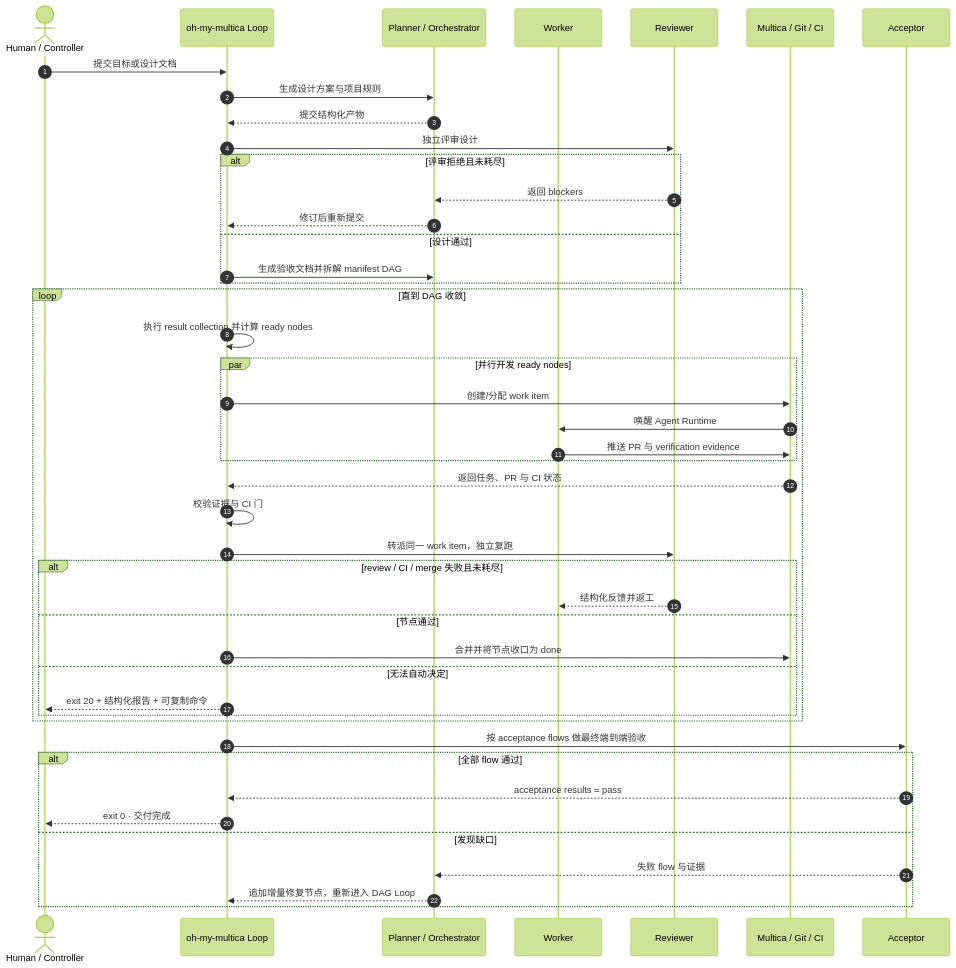
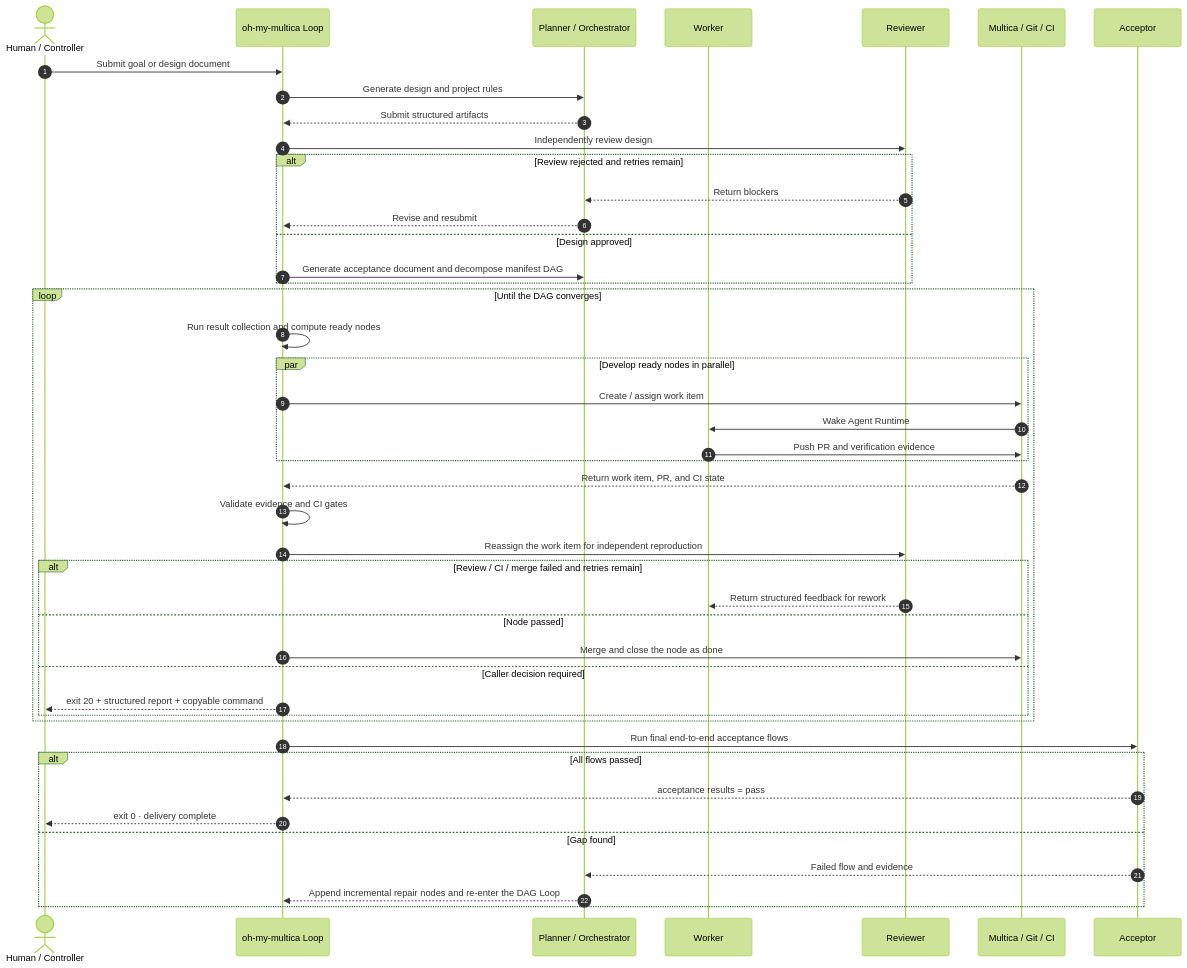
Before and after one commit to xiaohei-info/oh-my-multica: the diagram in README.zh-CN.md, drawn with Mermaid (forest theme). The commit also changed other lines of this file and 7 other files, not shown here.

````diff
--- a/README.zh-CN.md
+++ b/README.zh-CN.md
@@ -325,50 +249,50 @@
 ```mermaid
 sequenceDiagram
     autonumber
     actor Human as Human / Controller
     participant CONTROL as oh-my-multica Loop
     participant PO as Planner / Orchestrator
     participant Worker as Worker
     participant Reviewer as Reviewer
     participant Platform as Multica / Git / CI
     participant Acceptor as Acceptor
 
-    Human->>CONTROL: 提交目标或设计文档
-    CONTROL->>PO: 生成设计方案与项目规则
-    PO-->>CONTROL: 提交结构化产物
-    CONTROL->>Reviewer: 独立评审设计
-    alt 评审拒绝且未耗尽
-        Reviewer-->>PO: 返回 blockers
-        PO-->>CONTROL: 修订后重新提交
-    else 设计通过
-        CONTROL->>PO: 生成验收文档并拆解 manifest DAG
+    Human->>CONTROL: Submit goal or design document
+    CONTROL->>PO: Generate design and project rules
+    PO-->>CONTROL: Submit structured artifacts
+    CONTROL->>Reviewer: Independently review design
+    alt Review rejected and retries remain
+        Reviewer-->>PO: Return blockers
+        PO-->>CONTROL: Revise and resubmit
+    else Design approved
+        CONTROL->>PO: Generate acceptance document and decompose manifest DAG
     end
 
-    loop 直到 DAG 收敛
-        CONTROL->>CONTROL: 执行 result collection 并计算 ready nodes
-        par 并行开发 ready nodes
-            CONTROL->>Platform: 创建/分配 work item
-            Platform->>Worker: 唤醒 Agent Runtime
-            Worker->>Platform: 推送 PR 与 verification evidence
+    loop Until the DAG converges
+        CONTROL->>CONTROL: Run result collection and compute ready nodes
+        par Develop ready nodes in parallel
+            CONTROL->>Platform: Create / assign work item
+            Platform->>Worker: Wake Agent Runtime
+            Worker->>Platform: Push PR and verification evidence
         end
-        Platform-->>CONTROL: 返回任务、PR 与 CI 状态
-        CONTROL->>CONTROL: 校验证据与 CI 门
-        CONTROL->>Reviewer: 转派同一 work item，独立复跑
-        alt review / CI / merge 失败且未耗尽
-            Reviewer-->>Worker: 结构化反馈并返工
-        else 节点通过
-            CONTROL->>Platform: 合并并将节点收口为 done
-        else 无法自动决定
-            CONTROL-->>Human: exit 20 + 结构化报告 + 可复制命令
+        Platform-->>CONTROL: Return work item, PR, and CI state
+        CONTROL->>CONTROL: Validate evidence and CI gates
+        CONTROL->>Reviewer: Reassign the work item for independent reproduction
+        alt Review / CI / merge failed and retries remain
+            Reviewer-->>Worker: Return structured feedback for rework
+        else Node passed
+            CONTROL->>Platform: Merge and close the node as done
+        else Caller decision required
+            CONTROL-->>Human: exit 20 + structured report + copyable command
         end
     end
 
-    CONTROL->>Acceptor: 按 acceptance flows 做最终端到端验收
-    alt 全部 flow 通过
+    CONTROL->>Acceptor: Run final end-to-end acceptance flows
+    alt All flows passed
         Acceptor-->>CONTROL: acceptance results = pass
-        CONTROL-->>Human: exit 0 · 交付完成
-    else 发现缺口
-        Acceptor-->>PO: 失败 flow 与证据
-        PO-->>CONTROL: 追加增量修复节点，重新进入 DAG Loop
+        CONTROL-->>Human: exit 0 · delivery complete
+    else Gap found
+        Acceptor-->>PO: Failed flow and evidence
+        PO-->>CONTROL: Append incremental repair nodes and re-enter the DAG Loop
     end
 ```
````
